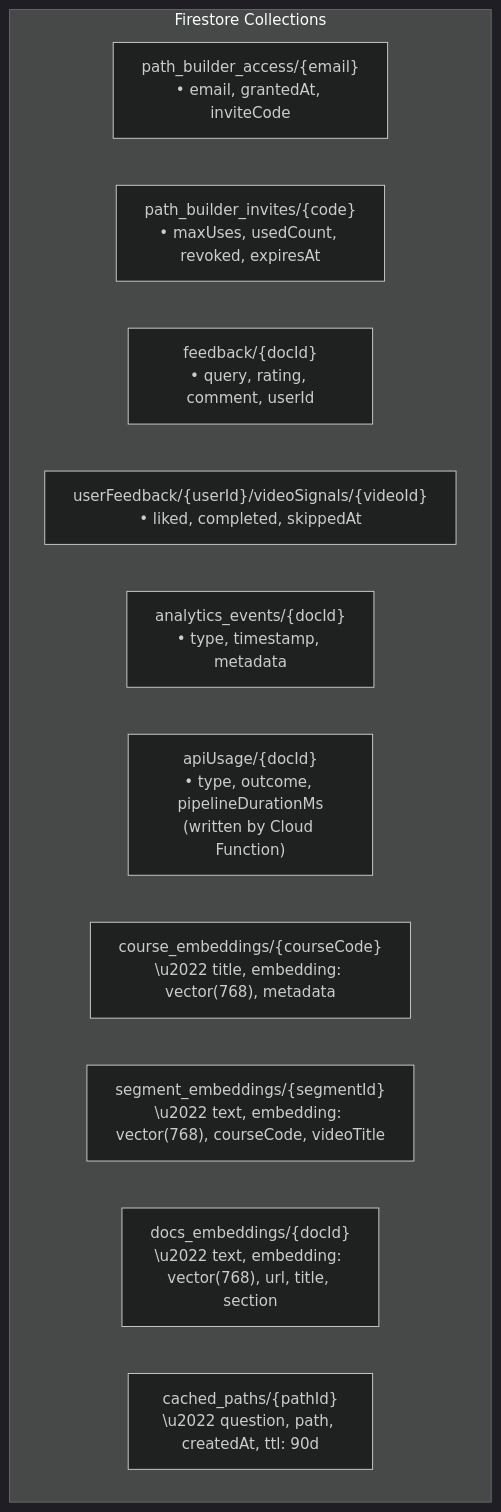
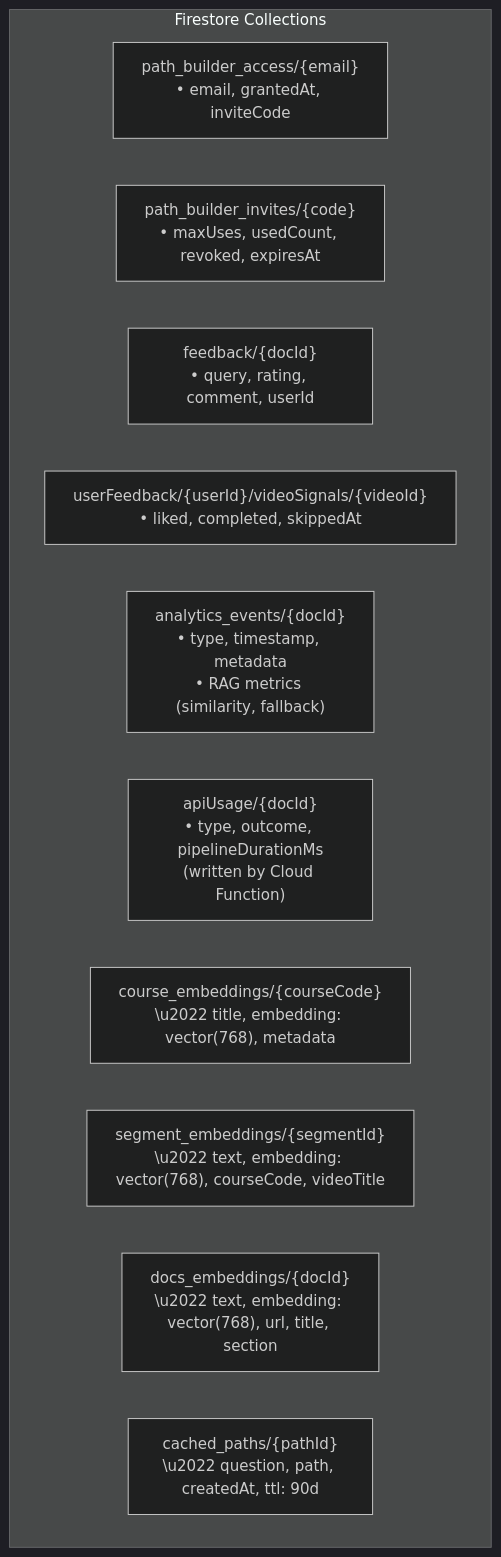
Before and after one commit to SamDeiter/Unreal-Learning-Path-Tagging-System: the fourth of 7 diagrams in ARCHITECTURE.md, drawn with Mermaid (dark theme). The commit also changed other lines of this file and 2 other files, not shown here.

First line of the commit message:
docs: update CHANGES, ARCHITECTURE, README for v1.8.0

````diff
--- a/ARCHITECTURE.md
+++ b/ARCHITECTURE.md
@@ -166,15 +166,15 @@
 ```mermaid
 graph TB
     subgraph "Firestore Collections"
         PBA["path_builder_access/{email}<br/>• email, grantedAt, inviteCode"]
         PBI["path_builder_invites/{code}<br/>• maxUses, usedCount, revoked, expiresAt"]
         FB["feedback/{docId}<br/>• query, rating, comment, userId"]
         UF["userFeedback/{userId}/videoSignals/{videoId}<br/>• liked, completed, skippedAt"]
-        AE["analytics_events/{docId}<br/>• type, timestamp, metadata"]
+        AE["analytics_events/{docId}<br/>• type, timestamp, metadata<br/>• RAG metrics (similarity, fallback)"]
         AU["apiUsage/{docId}<br/>• type, outcome, pipelineDurationMs<br/>(written by Cloud Function)"]
         CE["course_embeddings/{courseCode}\n\u2022 title, embedding: vector(768), metadata"]
         SE["segment_embeddings/{segmentId}\n\u2022 text, embedding: vector(768), courseCode, videoTitle"]
         DE["docs_embeddings/{docId}\n\u2022 text, embedding: vector(768), url, title, section"]
         CP["cached_paths/{pathId}\n\u2022 question, path, createdAt, ttl: 90d"]
     end
 ```
````
